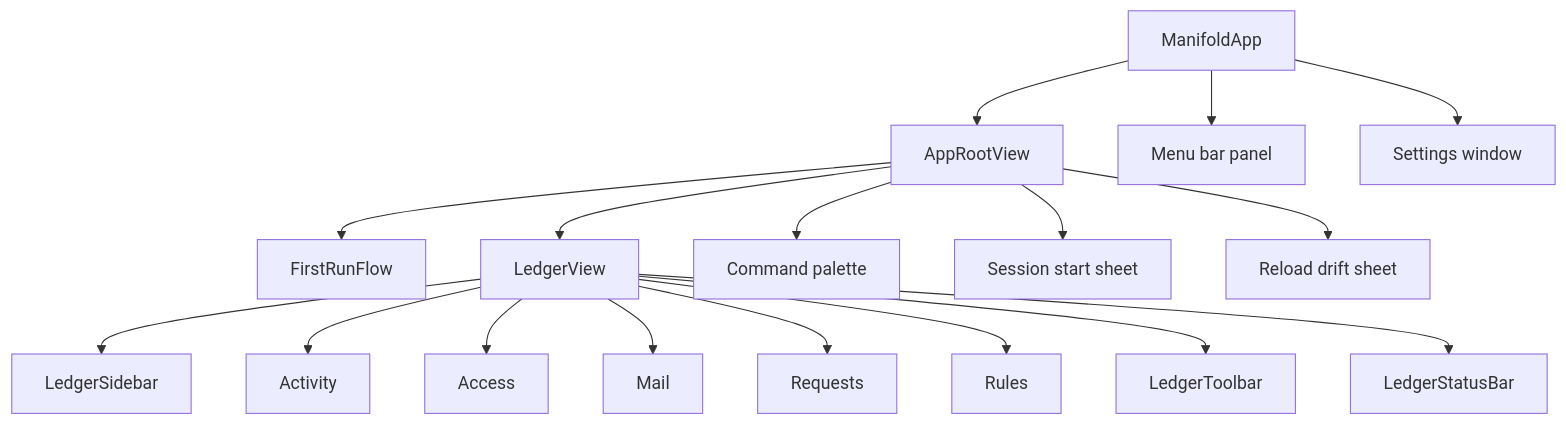
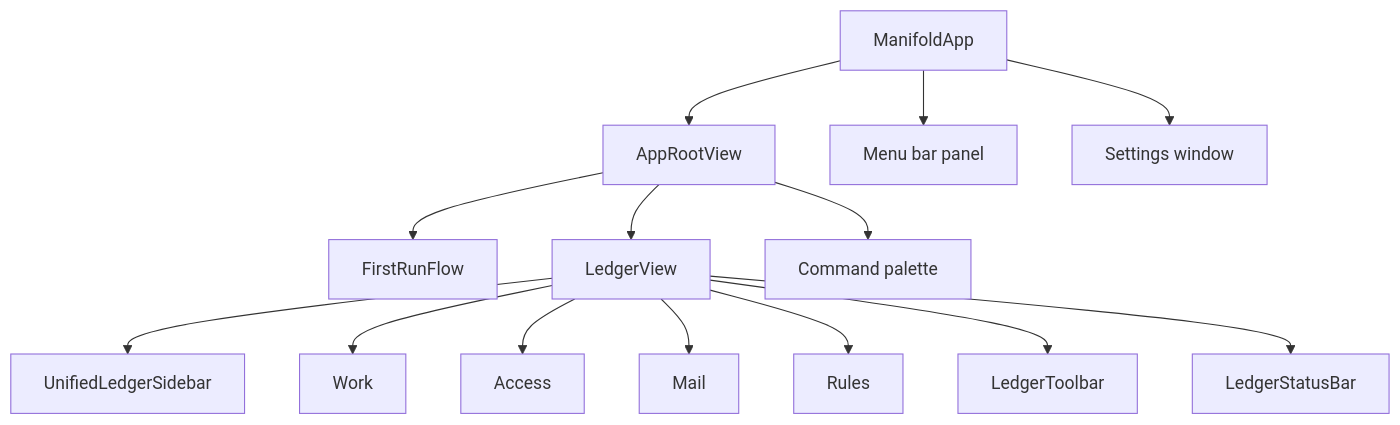
One commit to Spatial-Duality/Manifold changed the first of 5 diagrams in docs/ui-map.md. Above: the diagram before and after it, drawn with Mermaid. The commit also changed other lines of this file and 84 other files, not shown here.

````diff
--- a/docs/ui-map.md
+++ b/docs/ui-map.md
@@ -9,21 +7,16 @@
 ```mermaid
 flowchart TD
     A["ManifoldApp"] --> B["AppRootView"]
     A --> C["Menu bar panel"]
     A --> D["Settings window"]
-
     B --> E["FirstRunFlow"]
     B --> F["LedgerView"]
     B --> G["Command palette"]
-    B --> H["Session start sheet"]
-    B --> I["Reload drift sheet"]
-
-    F --> J["LedgerSidebar"]
-    F --> K["Activity"]
-    F --> L["Access"]
-    F --> M["Mail"]
-    F --> N["Requests"]
-    F --> O["Rules"]
-    F --> P["LedgerToolbar"]
-    F --> Q["LedgerStatusBar"]
+    F --> H["UnifiedLedgerSidebar"]
+    F --> I["Work"]
+    F --> J["Access"]
+    F --> K["Mail"]
+    F --> L["Rules"]
+    F --> M["LedgerToolbar"]
+    F --> N["LedgerStatusBar"]
 ```
````
